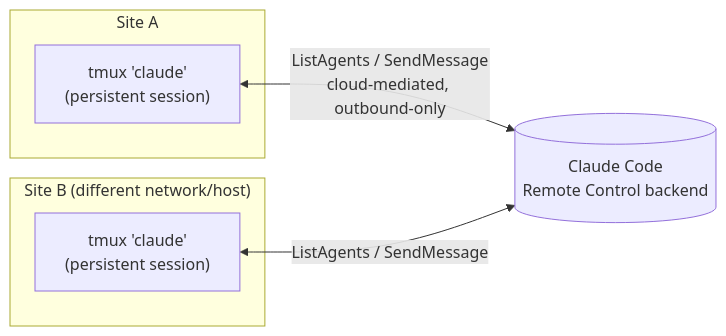
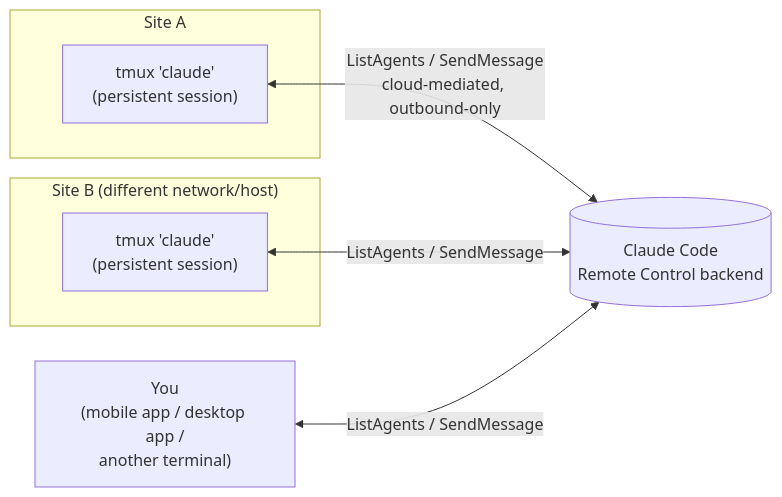
Before and after one commit to wpatrik14/fleetbroker: the second of 2 diagrams in docs/architecture.md, drawn with Mermaid. The commit also changed other lines of this file and 1 other file, not shown here.

First line of the commit message:
Document phone/desktop-app fleet management as a free consequence of Remote Control

````diff
--- a/docs/architecture.md
+++ b/docs/architecture.md
@@ -38,11 +38,13 @@
 ```mermaid
 flowchart LR
     subgraph SiteA["Site A"]
         A_tmux["tmux 'claude'<br/>(persistent session)"]
     end
     subgraph SiteB["Site B (different network/host)"]
         B_tmux["tmux 'claude'<br/>(persistent session)"]
     end
+    You["You<br/>(mobile app / desktop app /<br/>another terminal)"]
     A_tmux <-->|ListAgents / SendMessage<br/>cloud-mediated, outbound-only| Cloud[("Claude Code<br/>Remote Control backend")]
     B_tmux <-->|ListAgents / SendMessage| Cloud
+    You <-->|ListAgents / SendMessage| Cloud
 ```
````
